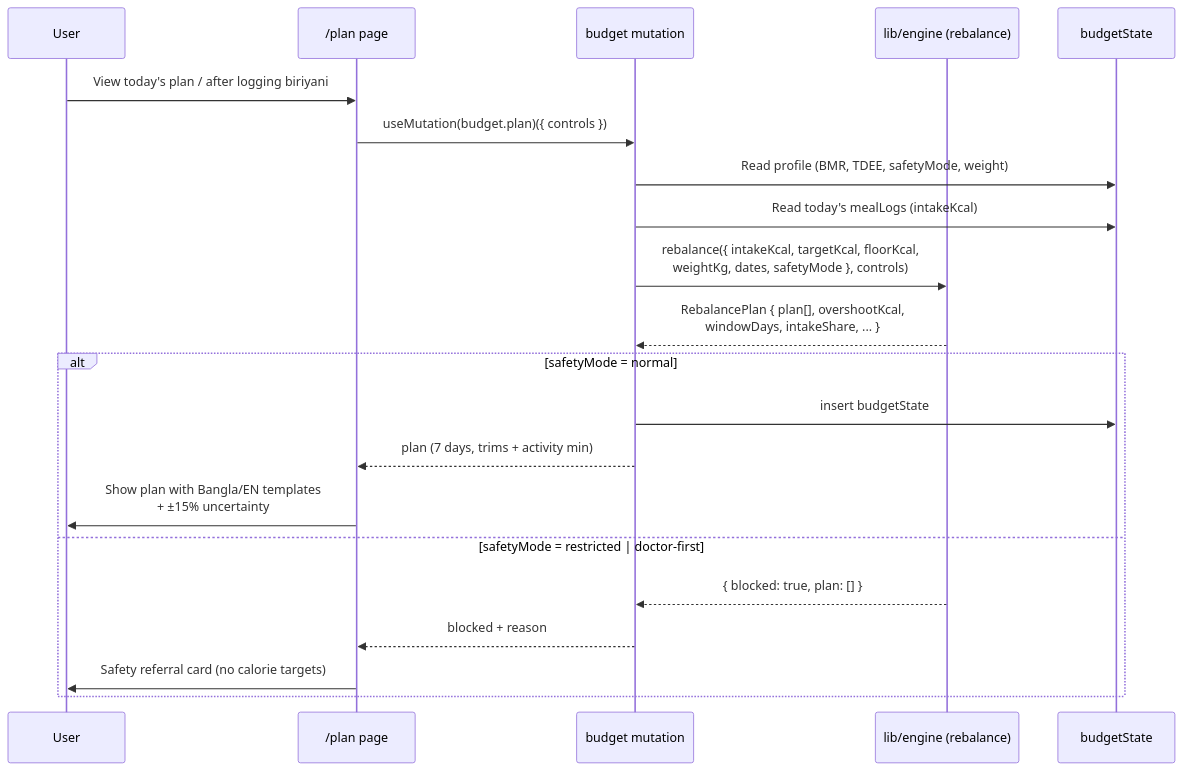
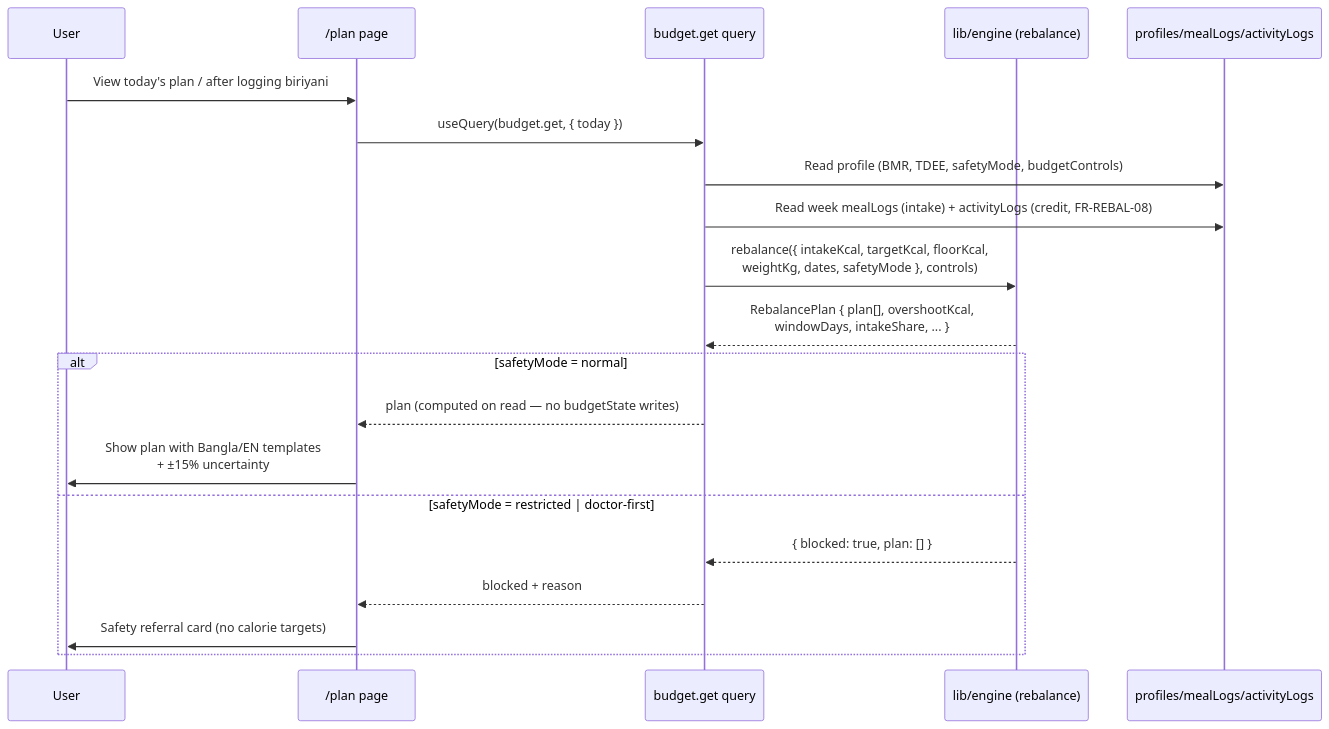
The tenth of 14 diagrams in docs/DIAGRAMS.md (Moballig/habitforge), drawn with Mermaid before and after one commit. The commit also changed other lines of this file and 10 other files, not shown here.

````diff
--- a/docs/DIAGRAMS.md
+++ b/docs/DIAGRAMS.md
@@ -388,25 +388,24 @@
 ```mermaid
 sequenceDiagram
     participant U as User
     participant UI as /plan page
-    participant B as budget mutation
+    participant Q as budget.get query
     participant E as lib/engine (rebalance)
-    participant DB as budgetState
+    participant DB as profiles/mealLogs/activityLogs
 
     U->>UI: View today's plan / after logging biriyani
-    UI->>B: useMutation(budget.plan)({ controls })
-    B->>DB: Read profile (BMR, TDEE, safetyMode, weight)
-    B->>DB: Read today's mealLogs (intakeKcal)
-    B->>E: rebalance({ intakeKcal, targetKcal, floorKcal,<br/>weightKg, dates, safetyMode }, controls)
-    E-->>B: RebalancePlan { plan[], overshootKcal,<br/>windowDays, intakeShare, ... }
+    UI->>Q: useQuery(budget.get, { today })
+    Q->>DB: Read profile (BMR, TDEE, safetyMode, budgetControls)
+    Q->>DB: Read week mealLogs (intake) + activityLogs (credit, FR-REBAL-08)
+    Q->>E: rebalance({ intakeKcal, targetKcal, floorKcal,<br/>weightKg, dates, safetyMode }, controls)
+    E-->>Q: RebalancePlan { plan[], overshootKcal,<br/>windowDays, intakeShare, ... }
 
     alt safetyMode = normal
-        B->>DB: insert budgetState
-        B-->>UI: plan (7 days, trims + activity min)
+        Q-->>UI: plan (computed on read — no budgetState writes)
         UI->>U: Show plan with Bangla/EN templates<br/>+ ±15% uncertainty
     else safetyMode = restricted | doctor-first
-        E-->>B: { blocked: true, plan: [] }
-        B-->>UI: blocked + reason
+        E-->>Q: { blocked: true, plan: [] }
+        Q-->>UI: blocked + reason
         UI->>U: Safety referral card (no calorie targets)
     end
 ```
````
